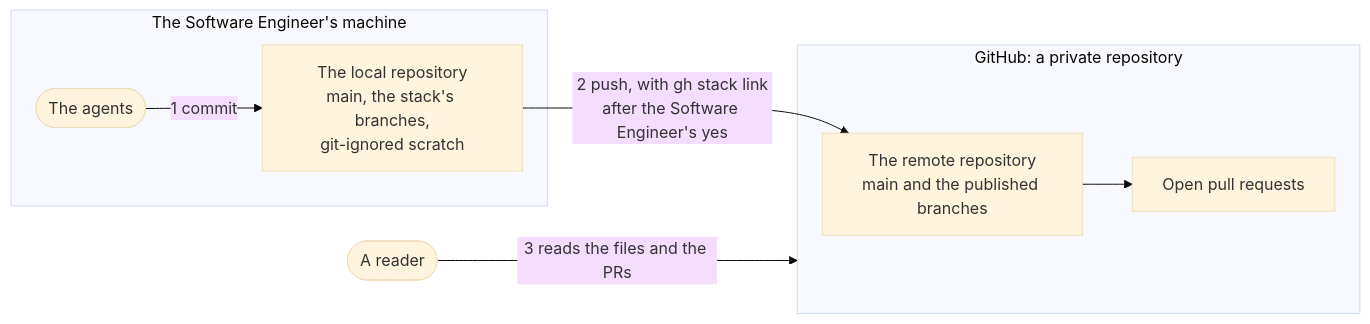
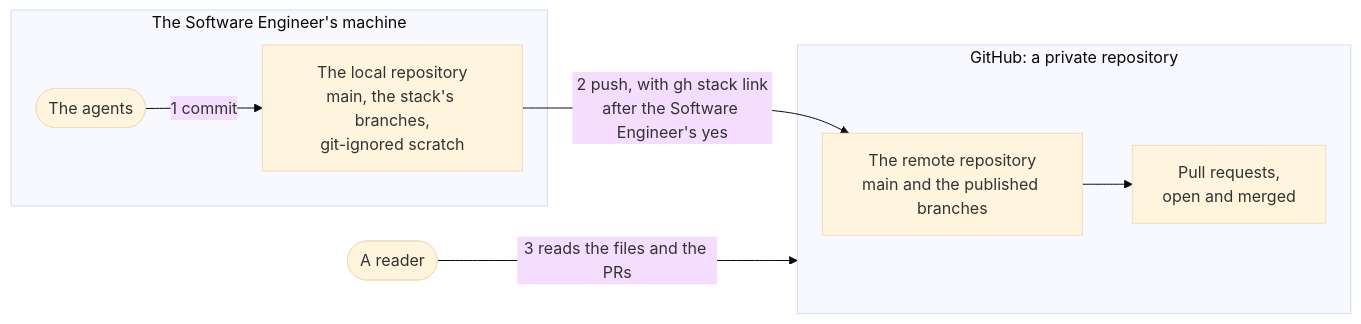
One commit to chandanbsd/baseline-framework changed the diagram in docs/deploy/01-topology.md. Above: the diagram before and after it, drawn with Mermaid (base theme). The commit also changed other lines of this file and 7 other files, not shown here.

````diff
--- a/docs/deploy/01-topology.md
+++ b/docs/deploy/01-topology.md
@@ -11,16 +11,16 @@
 ```mermaid
 flowchart LR
     subgraph LOCAL["The Software Engineer's machine"]
         AG(["The agents"])
         LR["The local repository<br/>main, the stack's branches,<br/>git-ignored scratch"]
     end
     subgraph GITHUB["GitHub: a private repository"]
         RR["The remote repository<br/>main and the published branches"]
-        PRS["Open pull requests"]
+        PRS["Pull requests,<br/>open and merged"]
     end
     RD(["A reader"])
     AG -->|"1 commit"| LR
     LR -->|"2 push, with gh stack link<br/>after the Software Engineer's yes"| RR
     RR --> PRS
     RD -->|"3 reads the files and the PRs"| GITHUB
 ```
````
